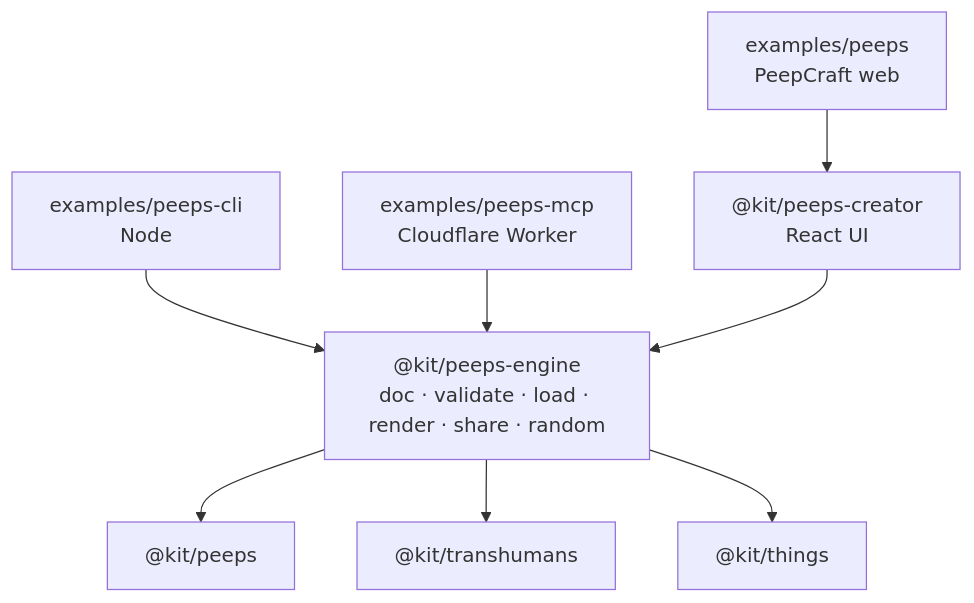
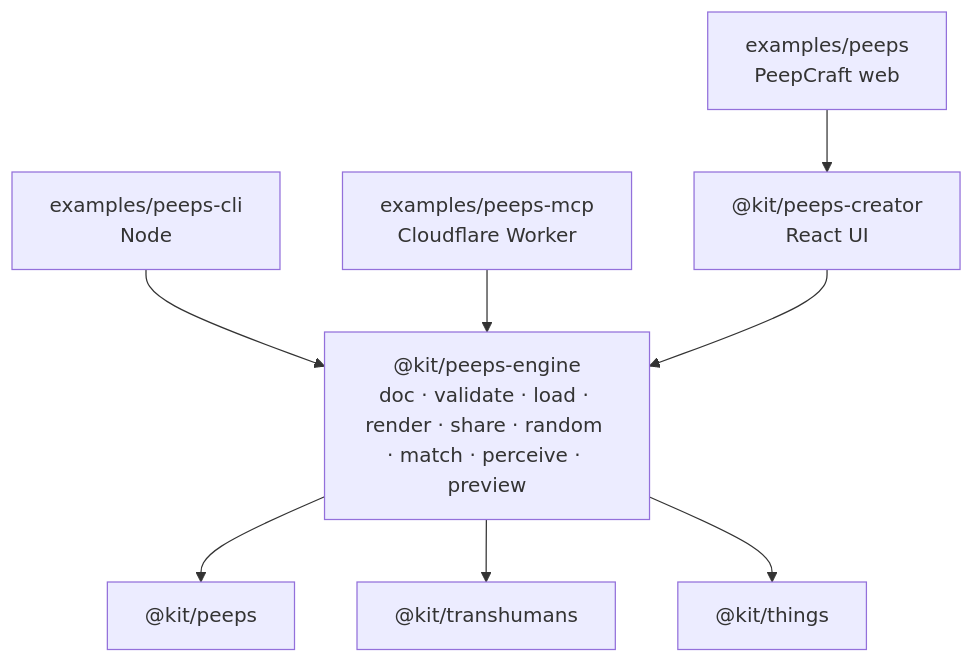
One commit to jinnux-td/peepcraft changed the diagram in docs/peepcraft-platform.md. Above: the diagram before and after it, drawn with Mermaid. The commit also changed other lines of this file and 3 other files, not shown here.

Commit message:
kit: docs and diagrams up to 6931019: carousel, Storybook and the PNG preview in overview.html and components.html; README, carousel, platform, MCP and map docs corrected against the code

````diff
--- a/docs/peepcraft-platform.md
+++ b/docs/peepcraft-platform.md
@@ -85,10 +85,10 @@
 ```mermaid
 flowchart TB
   WEB["examples/peeps<br/>PeepCraft web"] --> CR["@kit/peeps-creator<br/>React UI"]
   CLI["examples/peeps-cli<br/>Node"] --> EN
   MCP["examples/peeps-mcp<br/>Cloudflare Worker"] --> EN
-  CR --> EN["@kit/peeps-engine<br/>doc · validate · load · render · share · random"]
+  CR --> EN["@kit/peeps-engine<br/>doc · validate · load · render · share · random · match · perceive · preview"]
   EN --> P["@kit/peeps"]
   EN --> T["@kit/transhumans"]
   EN --> TH["@kit/things"]
 ```
````
